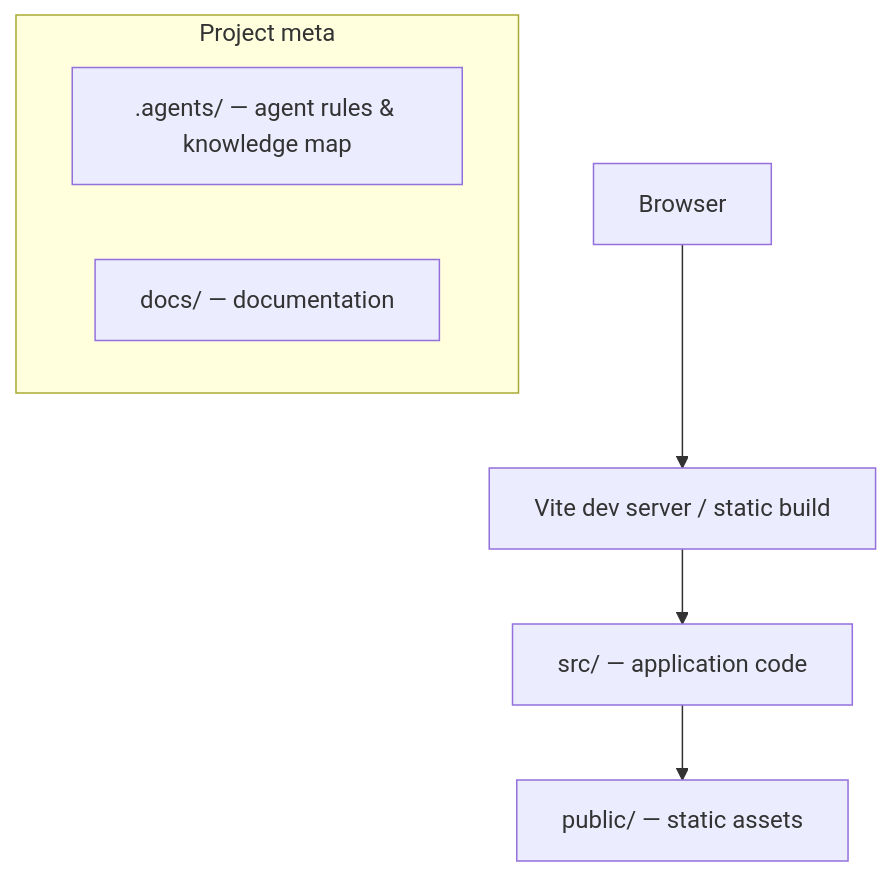
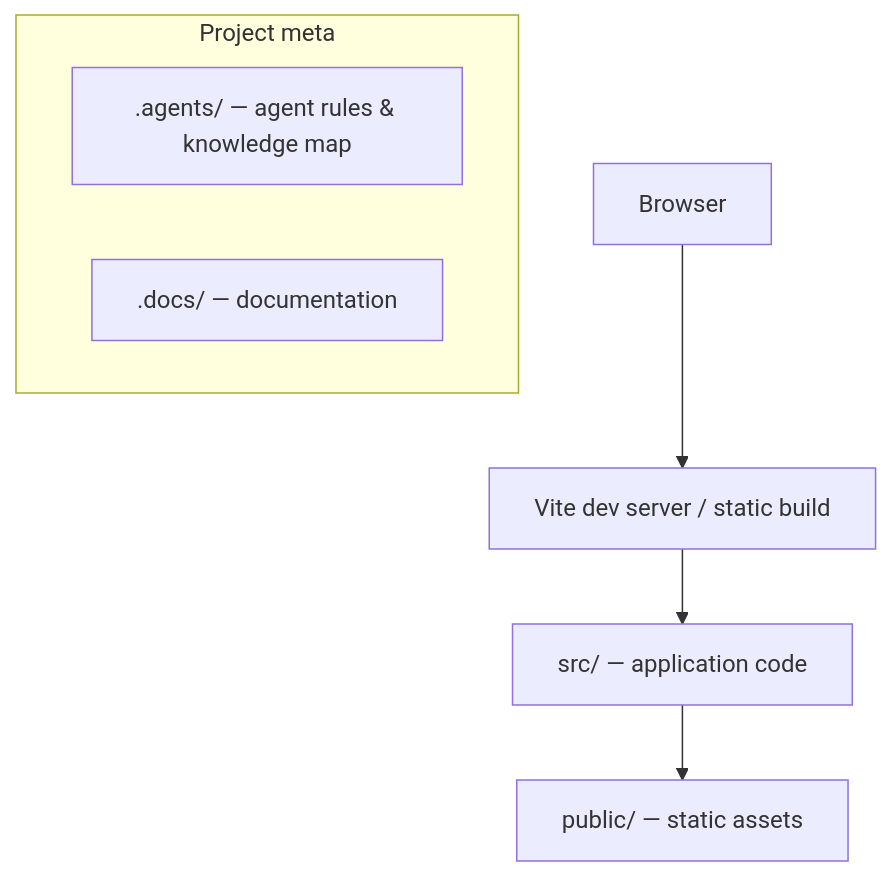
Before and after one commit to huntermasur/neptr: the diagram in templates/.agents/KNOWLEDGE_MAP.md, drawn with Mermaid. The commit also changed other lines of this file and 20 other files, not shown here.

````diff
--- a/templates/.agents/KNOWLEDGE_MAP.md
+++ b/templates/.agents/KNOWLEDGE_MAP.md
@@ -52,10 +64,10 @@
 ```mermaid
 flowchart TD
     Browser["Browser"] --> Vite["Vite dev server / static build"]
     Vite --> Src["src/ — application code"]
     Src --> Public["public/ — static assets"]
     subgraph Meta["Project meta"]
         AI[".agents/ — agent rules & knowledge map"]
-        Docs["docs/ — documentation"]
+        Docs[".docs/ — documentation"]
     end
 ```
````
